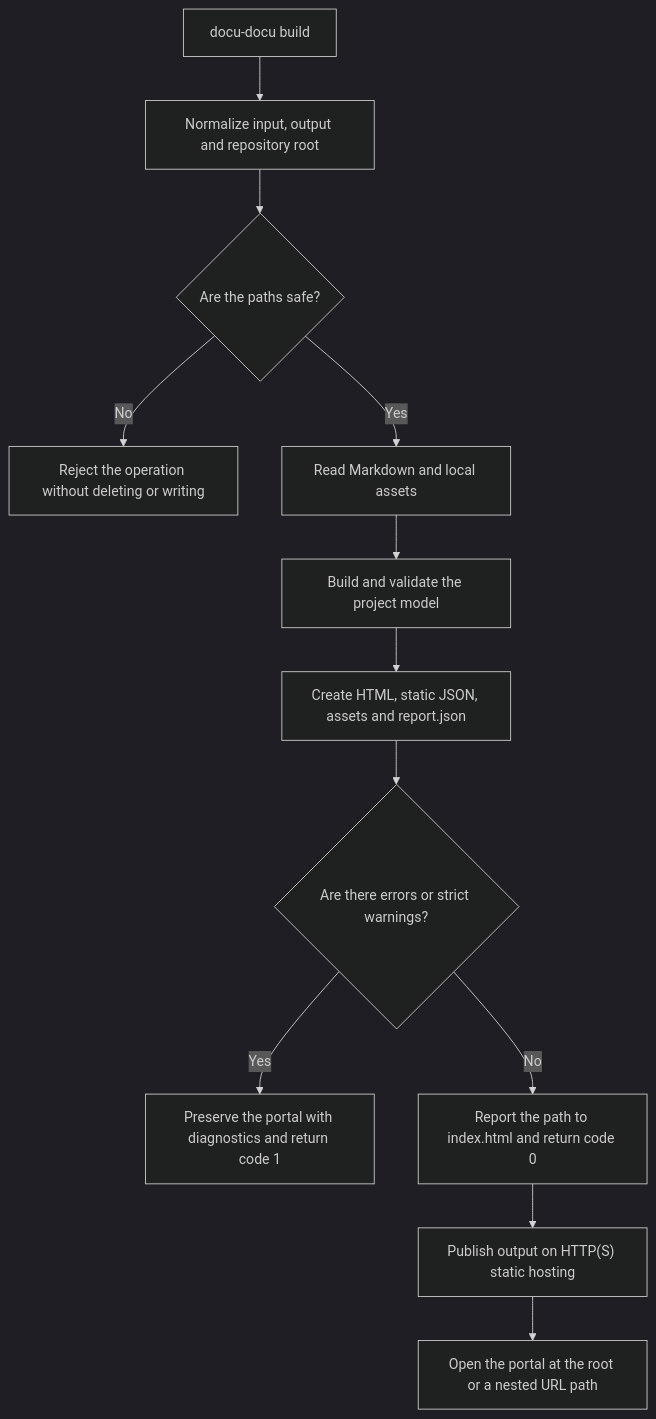
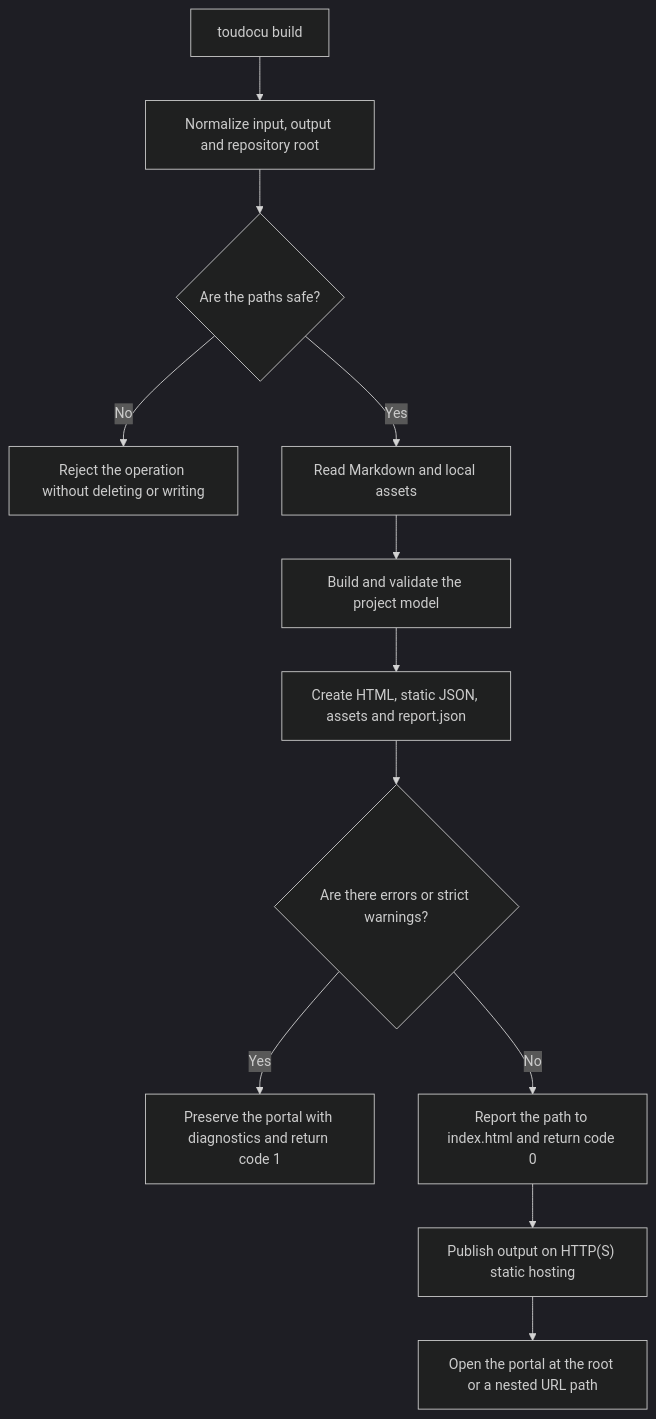
One commit to lumenikoly/toudocu changed the diagram in docs-en/flows/FLOW-DOCS-BUILD.md. Above: the diagram before and after it, drawn with Mermaid (dark theme). The commit also changed 446 other files, not shown here.

````diff
--- a/docs-en/flows/FLOW-DOCS-BUILD.md
+++ b/docs-en/flows/FLOW-DOCS-BUILD.md
@@ -14,14 +14,14 @@
 ```mermaid
 flowchart TD
-    Start["docu-docu build"] --> Resolve["Normalize input, output and repository root"]
+    Start["toudocu build"] --> Resolve["Normalize input, output and repository root"]
     Resolve --> Safe{"Are the paths safe?"}
     Safe -->|No| Reject["Reject the operation without deleting or writing"]
     Safe -->|Yes| Read["Read Markdown and local assets"]
     Read --> Model["Build and validate the project model"]
     Model --> Generate["Create HTML, static JSON, assets and report.json"]
     Generate --> Result{"Are there errors or strict warnings?"}
     Result -->|Yes| Failed["Preserve the portal with diagnostics and return code 1"]
     Result -->|No| Ready["Report the path to index.html and return code 0"]
     Ready --> Publish["Publish output on HTTP(S) static hosting"]
     Publish --> Open["Open the portal at the root or a nested URL path"]
 ```
````
